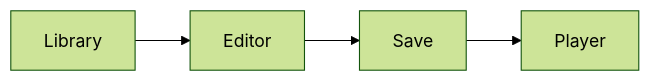
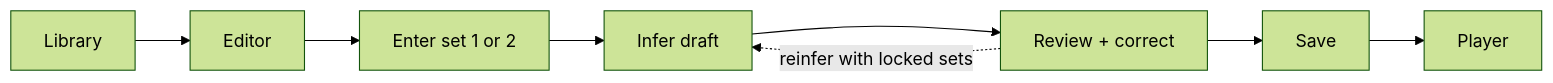
One commit to robertdyr/skales-v1 changed the third of 6 diagrams in docs/overview.md. Above: the diagram before and after it, drawn with Mermaid (forest theme). The commit also changed other lines of this file and 34 other files, not shown here.

````diff
--- a/docs/overview.md
+++ b/docs/overview.md
@@ -52,6 +99,10 @@
 ```mermaid
 flowchart LR
     LibraryB["Library"] --> EditorB["Editor"]
-    EditorB --> SaveB["Save"]
+    EditorB --> SeedB["Enter set 1 or 2"]
+    SeedB --> InferB["Infer draft"]
+    InferB --> ReviewB["Review + correct"]
+    ReviewB -. reinfer with locked sets .-> InferB
+    ReviewB --> SaveB["Save"]
     SaveB --> PlayerB["Player"]
 ```
````
